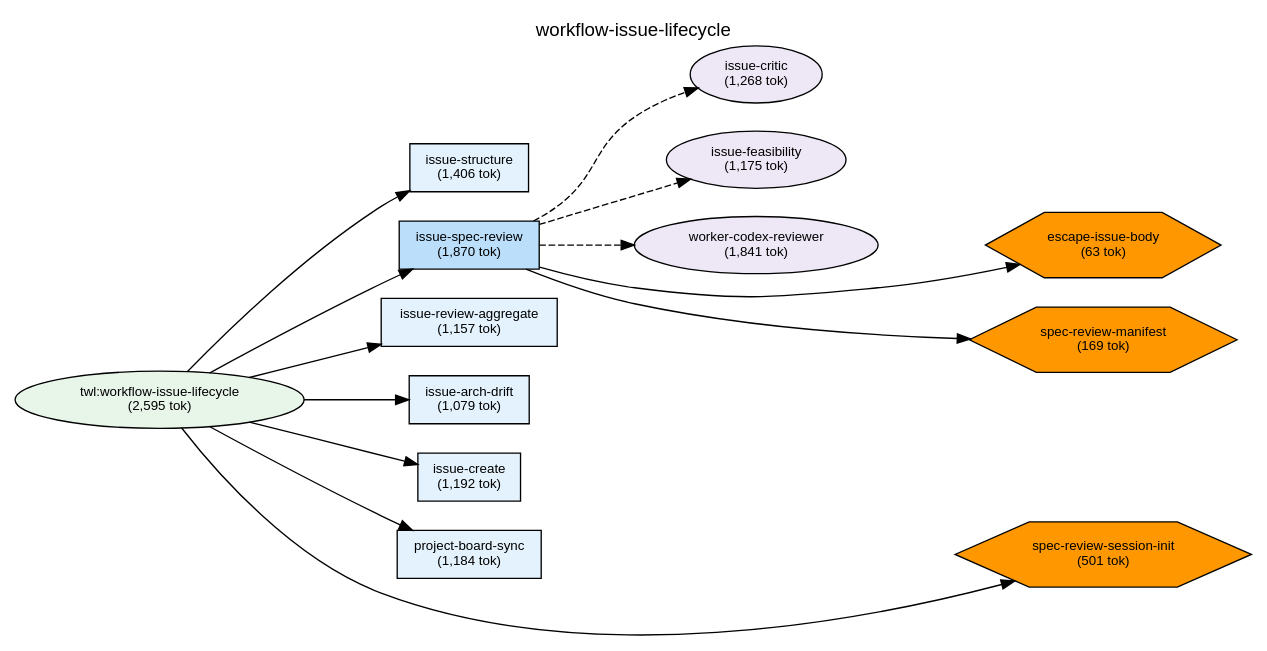
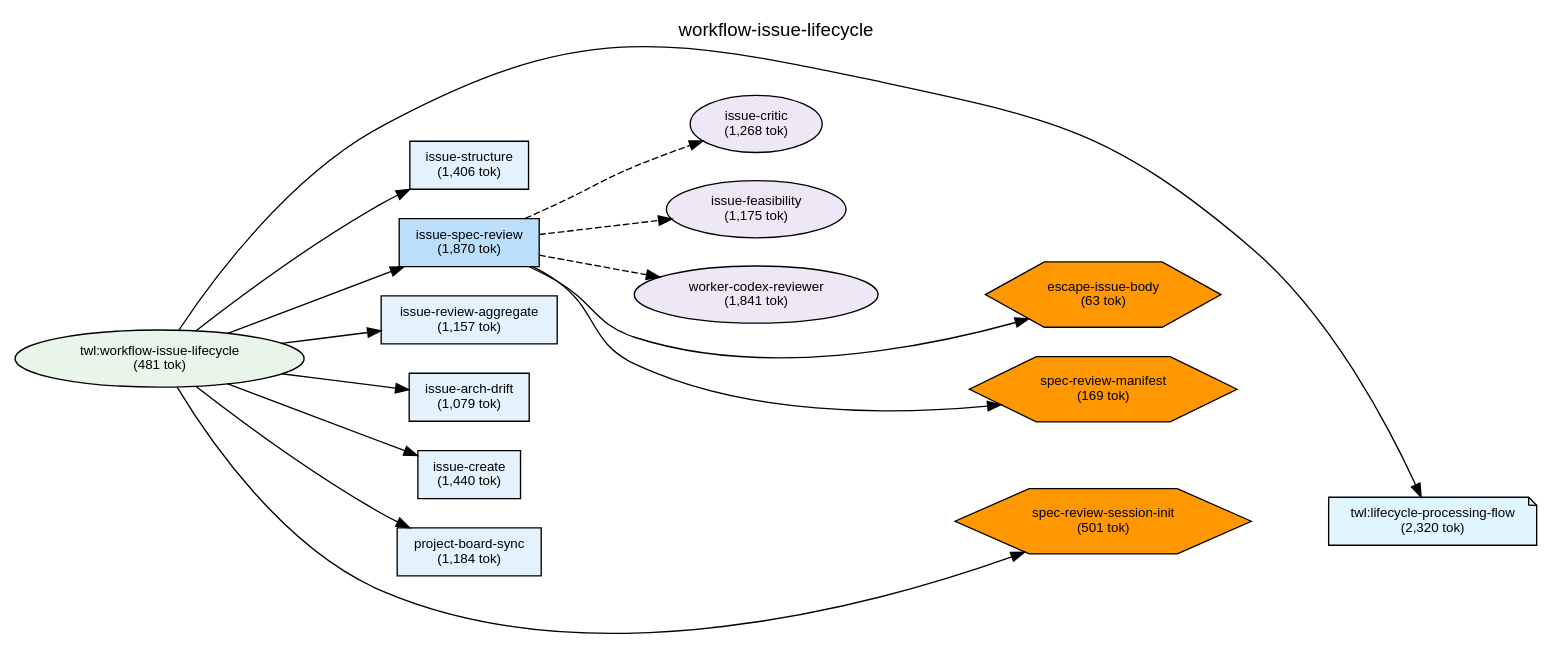
The diagram in plugins/twl/docs/deps-workflow-issue-lifecycle.dot (shuu5/twill), drawn with Graphviz before and after one commit. The commit also changed 39 other files, not shown here.

```diff
--- a/plugins/twl/docs/deps-workflow-issue-lifecycle.dot
+++ b/plugins/twl/docs/deps-workflow-issue-lifecycle.dot
@@ -1,79 +1,83 @@
 digraph Dependencies {
     // Graph settings
     rankdir=LR;
     ranksep=0.8;
     nodesep=0.3;
     fontname="Helvetica";
     node [fontname="Helvetica", fontsize=10];
     edge [fontname="Helvetica", fontsize=9];
     label="workflow-issue-lifecycle";
     labelloc=t;
     fontsize=14;
 
     // L0: Controller Skills
 
     // L0: Launchers
 
     // L0.5: Workflow Skills
-    skill_workflow_issue_lifecycle [label="twl:workflow-issue-lifecycle\n(2,595 tok)", shape=ellipse, style=filled, fillcolor="#e8f5e9"];
+    skill_workflow_issue_lifecycle [label="twl:workflow-issue-lifecycle\n(481 tok)", shape=ellipse, style=filled, fillcolor="#e8f5e9"];
 
     // Reference Skills
+    skill_lifecycle_processing_flow [label="twl:lifecycle-processing-flow\n(2,320 tok)", shape=note, style=filled, fillcolor="#e1f5fe"];
 
     // L1: Direct Commands
     cmd_issue_structure [label="issue-structure\n(1,406 tok)", shape=box, style=filled, fillcolor="#e3f2fd"];
-    cmd_issue_create [label="issue-create\n(1,192 tok)", shape=box, style=filled, fillcolor="#e3f2fd"];
+    cmd_issue_create [label="issue-create\n(1,440 tok)", shape=box, style=filled, fillcolor="#e3f2fd"];
     cmd_issue_spec_review [label="issue-spec-review\n(1,870 tok)", shape=box, style=filled, fillcolor="#bbdefb"];
     cmd_issue_review_aggregate [label="issue-review-aggregate\n(1,157 tok)", shape=box, style=filled, fillcolor="#e3f2fd"];
     cmd_issue_arch_drift [label="issue-arch-drift\n(1,079 tok)", shape=box, style=filled, fillcolor="#e3f2fd"];
     cmd_project_board_sync [label="project-board-sync\n(1,184 tok)", shape=box, style=filled, fillcolor="#e3f2fd"];
 
     // L2: Sub Commands
 
     // L3: Agents
     agent_issue_critic [label="issue-critic\n(1,268 tok)", shape=ellipse, style=filled, fillcolor="#ede7f6"];
     agent_issue_feasibility [label="issue-feasibility\n(1,175 tok)", shape=ellipse, style=filled, fillcolor="#ede7f6"];
     agent_worker_codex_reviewer [label="worker-codex-reviewer\n(1,841 tok)", shape=ellipse, style=filled, fillcolor="#ede7f6"];
 
     // L3.5: Scripts
     script_escape_issue_body [label="escape-issue-body\n(63 tok)", shape=hexagon, style=filled, fillcolor="#FF9800"];
     script_spec_review_manifest [label="spec-review-manifest\n(169 tok)", shape=hexagon, style=filled, fillcolor="#FF9800"];
     script_spec_review_session_init [label="spec-review-session-init\n(501 tok)", shape=hexagon, style=filled, fillcolor="#FF9800"];
 
     // L4: External
 
     // Layer constraints
     { rank=same; skill_workflow_issue_lifecycle; }
+    { rank=same; skill_lifecycle_processing_flow; }
     { rank=same; cmd_issue_structure; cmd_issue_create; cmd_issue_spec_review; cmd_issue_review_aggregate; cmd_issue_arch_drift; cmd_project_board_sync; }
     { rank=same; agent_issue_critic; agent_issue_feasibility; agent_worker_codex_reviewer; }
     { rank=same; script_escape_issue_body; script_spec_review_manifest; script_spec_review_session_init; }
 
     // Edges
     skill_workflow_issue_lifecycle -> cmd_issue_structure;
     skill_workflow_issue_lifecycle -> cmd_issue_spec_review;
     skill_workflow_issue_lifecycle -> cmd_issue_review_aggregate;
     skill_workflow_issue_lifecycle -> cmd_issue_arch_drift;
     skill_workflow_issue_lifecycle -> cmd_issue_create;
     skill_workflow_issue_lifecycle -> cmd_project_board_sync;
     skill_workflow_issue_lifecycle -> script_spec_review_session_init;
+    skill_workflow_issue_lifecycle -> skill_lifecycle_processing_flow;
     cmd_issue_spec_review -> agent_issue_critic [style=dashed];
     cmd_issue_spec_review -> agent_issue_feasibility [style=dashed];
     cmd_issue_spec_review -> agent_worker_codex_reviewer [style=dashed];
     cmd_issue_spec_review -> script_escape_issue_body;
     cmd_issue_spec_review -> script_spec_review_manifest;
 
     // Ordering constraints (invisible edges)
     cmd_issue_structure -> cmd_issue_spec_review [style=invis, weight=10];
     cmd_issue_spec_review -> cmd_issue_review_aggregate [style=invis, weight=10];
     cmd_issue_review_aggregate -> cmd_issue_arch_drift [style=invis, weight=10];
     cmd_issue_arch_drift -> cmd_issue_create [style=invis, weight=10];
     cmd_issue_create -> cmd_project_board_sync [style=invis, weight=10];
     cmd_project_board_sync -> script_spec_review_session_init [style=invis, weight=10];
+    script_spec_review_session_init -> skill_lifecycle_processing_flow [style=invis, weight=10];
     cmd_issue_spec_review -> cmd_issue_review_aggregate [style=invis, weight=10];
     cmd_issue_review_aggregate -> cmd_issue_arch_drift [style=invis, weight=10];
     cmd_issue_arch_drift -> script_spec_review_session_init [style=invis, weight=10];
     agent_issue_critic -> agent_issue_feasibility [style=invis, weight=10];
     agent_issue_feasibility -> agent_worker_codex_reviewer [style=invis, weight=10];
     agent_worker_codex_reviewer -> script_escape_issue_body [style=invis, weight=10];
     script_escape_issue_body -> script_spec_review_manifest [style=invis, weight=10];
 
 }
```
